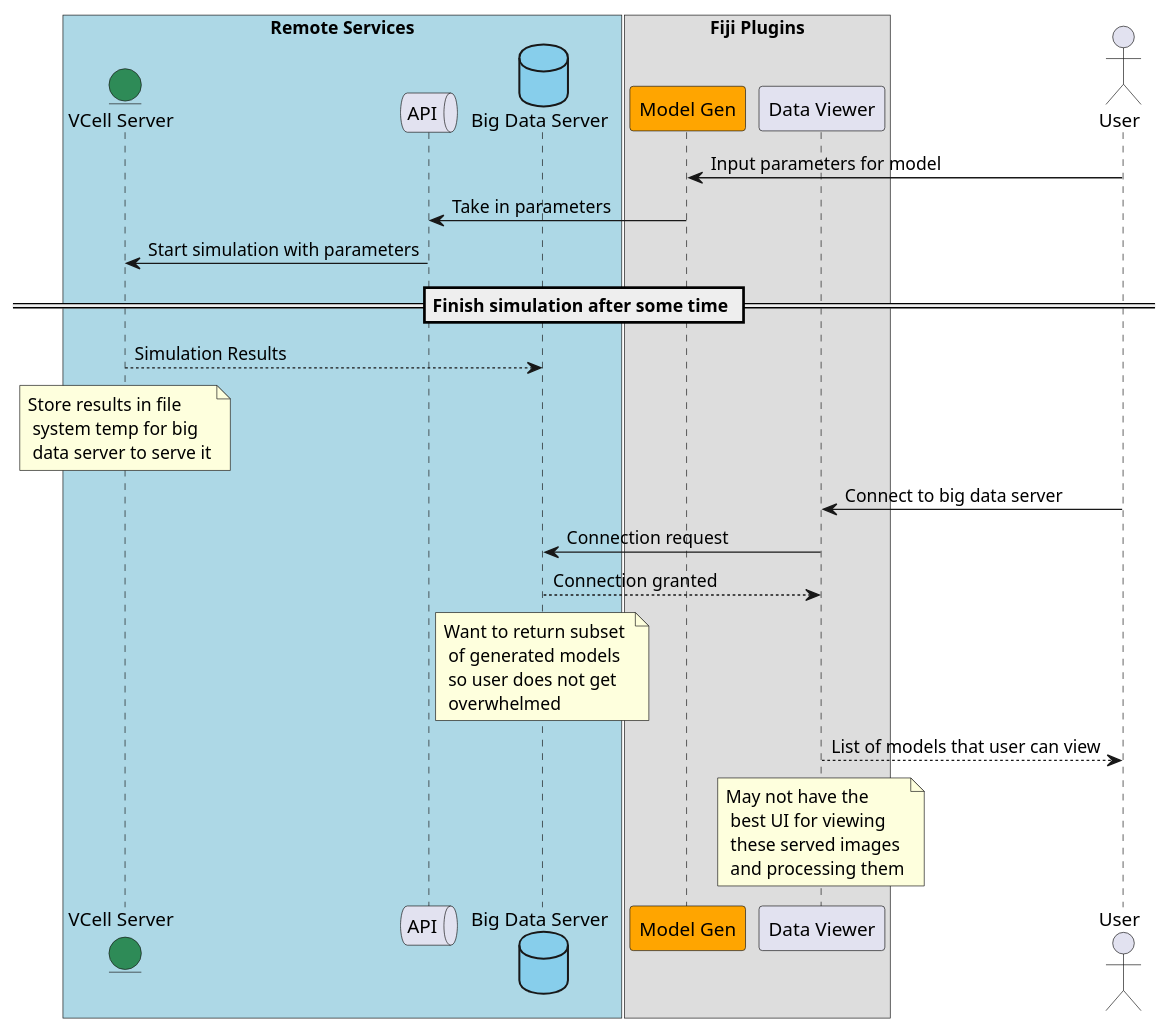
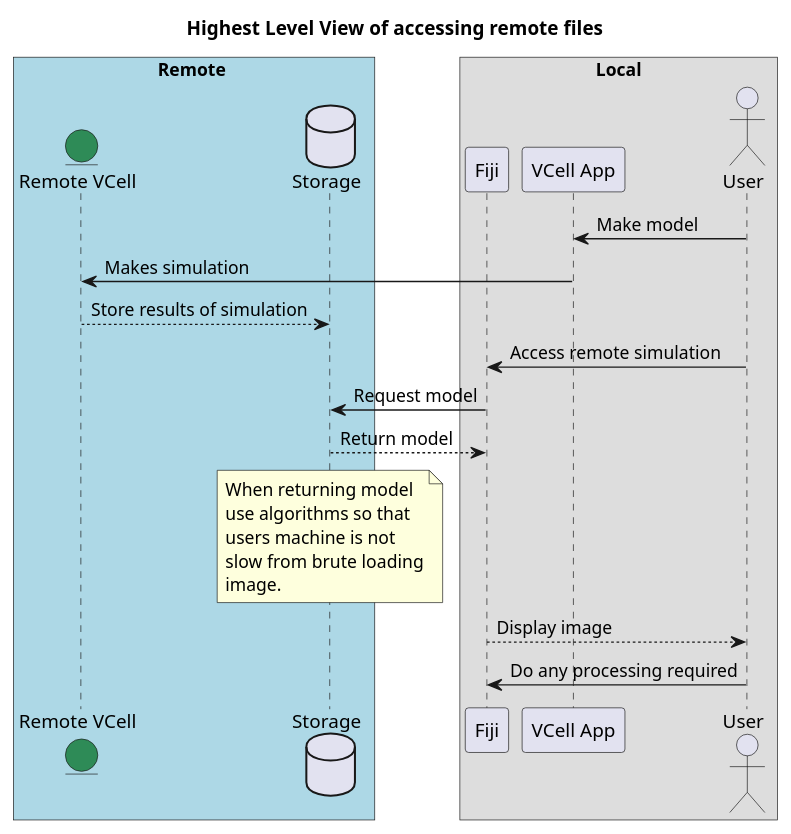
Before and after one commit to virtualcell/vcell-fiji: the diagram in docs/Atlas.puml, drawn with PlantUML. The commit also changed 4 other files, not shown here.

First line of the commit message:
Finalizing research into the Fiji plugins

```diff
--- a/docs/Atlas.puml
+++ b/docs/Atlas.puml
@@ -1,44 +1,41 @@
 @startuml
 'https://plantuml.com/sequence-diagram
 
-box "Remote Services" #Lightblue
-entity "VCell Server" #seagreen
-queue API
-database "Big Data Server" #skyblue
+box Remote #Lightblue
+entity "Remote VCell" #seagreen
+database "Storage"
 end box
 
-box "Fiji Plugins"
-participant "Model Gen" #orange
-participant "Data Viewer"
+box Local
+participant Fiji
+participant "VCell App"
+actor User
 end box
 
-actor User
+title Highest Level View of accessing remote files
+
+User -> "VCell App": Make model
+"VCell App" -> "Remote VCell": Makes simulation
+
+"Remote VCell" --> "Storage": Store results of simulation
+
+User -> Fiji: Access remote simulation
+Fiji -> "Storage": Request model
+"Storage" --> Fiji: Return model
+note over "Storage": When returning model\nuse algorithms so that\nusers machine is not\nslow from brute loading\nimage.
+
+Fiji --> User: Display image
+User -> Fiji: Do any processing required
 
 
-User -> "Model Gen": Input parameters for model
-"Model Gen" -> API: Take in parameters
-API -> "VCell Server": Start simulation with parameters
-
-== Finish simulation after some time ==
-"VCell Server" --> "Big Data Server": Simulation Results
-note over "VCell Server": Store results in file \n system temp for big \n data server to serve it
-
-User -> "Data Viewer": Connect to big data server
-"Data Viewer" -> "Big Data Server": Connection request
-"Big Data Server" --> "Data Viewer": Connection granted
-note over "Big Data Server": Want to return subset \n of generated models \n so user does not get \n overwhelmed
-
-"Data Viewer" --> User: List of models that user can view
-
-note over "Data Viewer": May not have the \n best UI for viewing \n these served images \n and processing them
 
 
 
 
 
 
 
 
 
 
 @enduml
```
